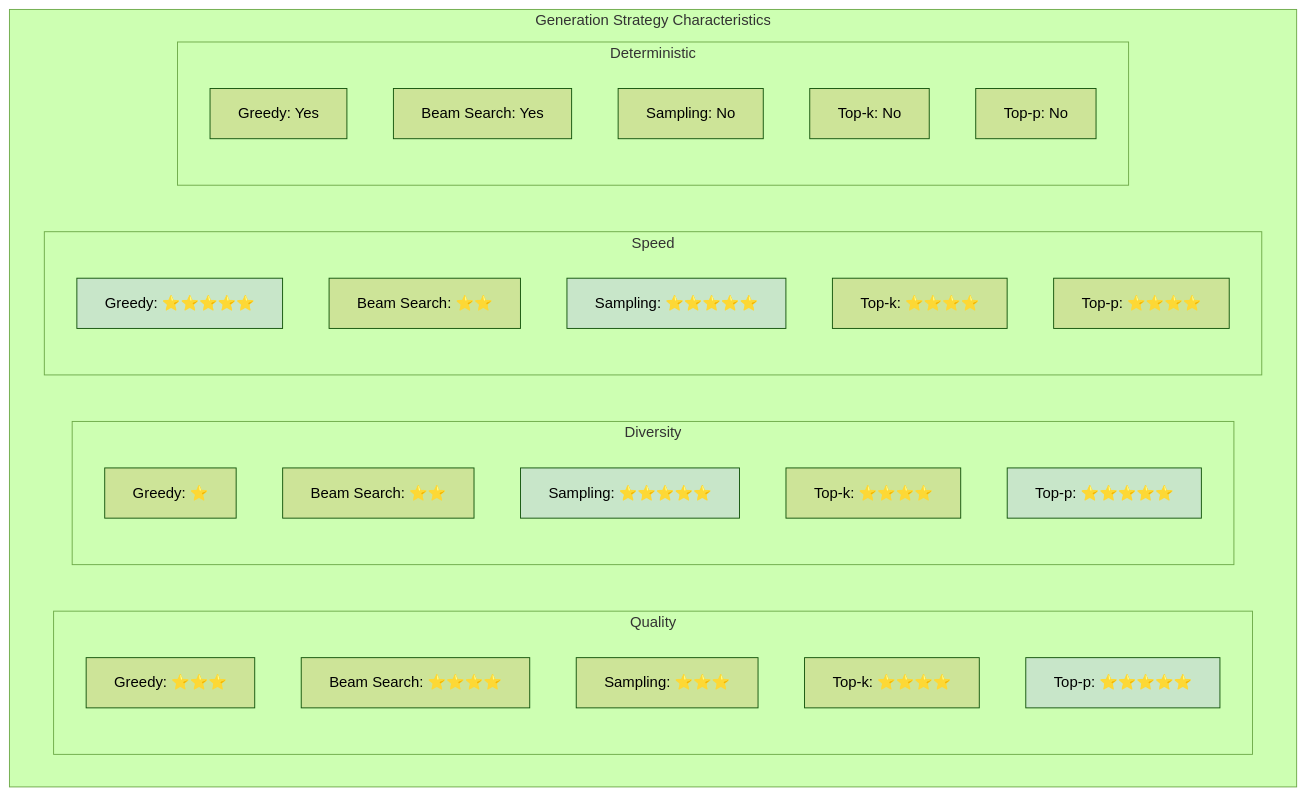
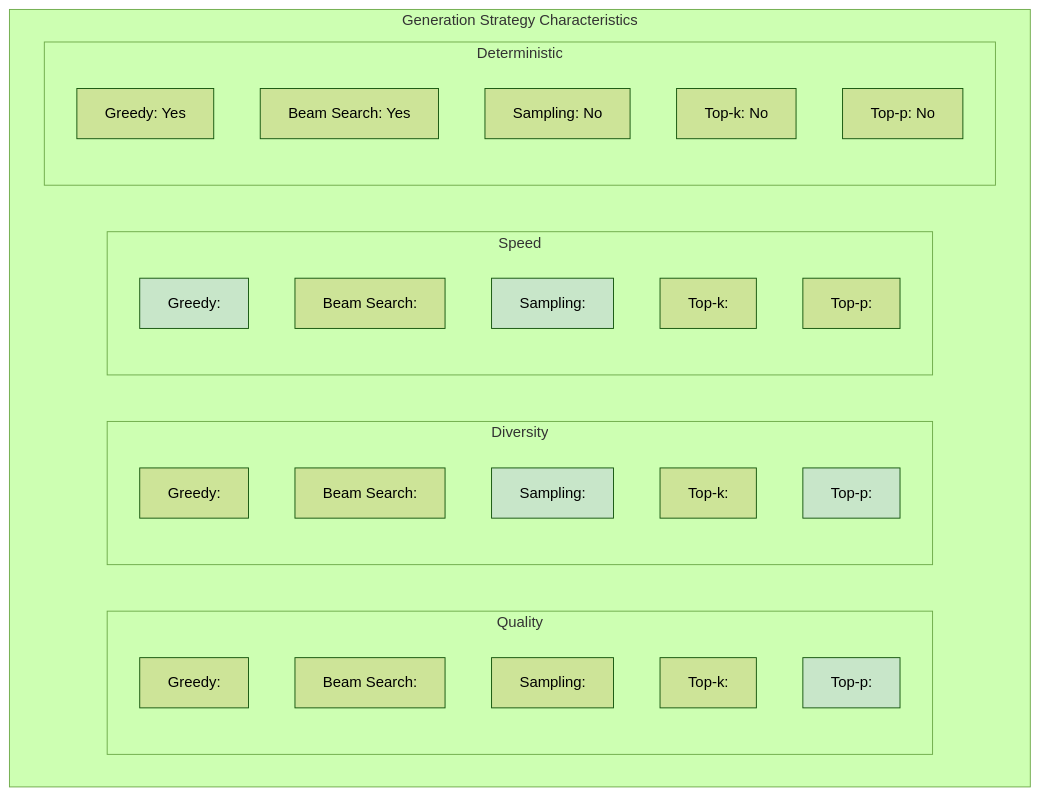
One commit to Pizzaman213/Ava_AI changed the seventh of 16 diagrams in code/docs/06_EVALUATION_GENERATION.md. Above: the diagram before and after it, drawn with Mermaid (forest theme). The commit also changed other lines of this file and 215 other files, not shown here.

````diff
--- a/code/docs/06_EVALUATION_GENERATION.md
+++ b/code/docs/06_EVALUATION_GENERATION.md
@@ -376,42 +376,42 @@
 ```mermaid
 graph TB
     subgraph "Generation Strategy Characteristics"
         subgraph "Quality"
-            Q1[Greedy: ⭐⭐⭐]
-            Q2[Beam Search: ⭐⭐⭐⭐]
-            Q3[Sampling: ⭐⭐⭐]
-            Q4[Top-k: ⭐⭐⭐⭐]
-            Q5[Top-p: ⭐⭐⭐⭐⭐]
+            Q1[Greedy: ]
+            Q2[Beam Search: ]
+            Q3[Sampling: ]
+            Q4[Top-k: ]
+            Q5[Top-p: ]
         end
 
         subgraph "Diversity"
-            D1[Greedy: ⭐]
-            D2[Beam Search: ⭐⭐]
-            D3[Sampling: ⭐⭐⭐⭐⭐]
-            D4[Top-k: ⭐⭐⭐⭐]
-            D5[Top-p: ⭐⭐⭐⭐⭐]
+            D1[Greedy: ]
+            D2[Beam Search: ]
+            D3[Sampling: ]
+            D4[Top-k: ]
+            D5[Top-p: ]
         end
 
         subgraph "Speed"
-            S1[Greedy: ⭐⭐⭐⭐⭐]
-            S2[Beam Search: ⭐⭐]
-            S3[Sampling: ⭐⭐⭐⭐⭐]
-            S4[Top-k: ⭐⭐⭐⭐]
-            S5[Top-p: ⭐⭐⭐⭐]
+            S1[Greedy: ]
+            S2[Beam Search: ]
+            S3[Sampling: ]
+            S4[Top-k: ]
+            S5[Top-p: ]
         end
 
         subgraph "Deterministic"
             DE1[Greedy: Yes]
             DE2[Beam Search: Yes]
             DE3[Sampling: No]
             DE4[Top-k: No]
             DE5[Top-p: No]
         end
     end
 
     style Q5 fill:#c8e6c9
     style D3 fill:#c8e6c9
     style D5 fill:#c8e6c9
     style S1 fill:#c8e6c9
     style S3 fill:#c8e6c9
 ```
````
